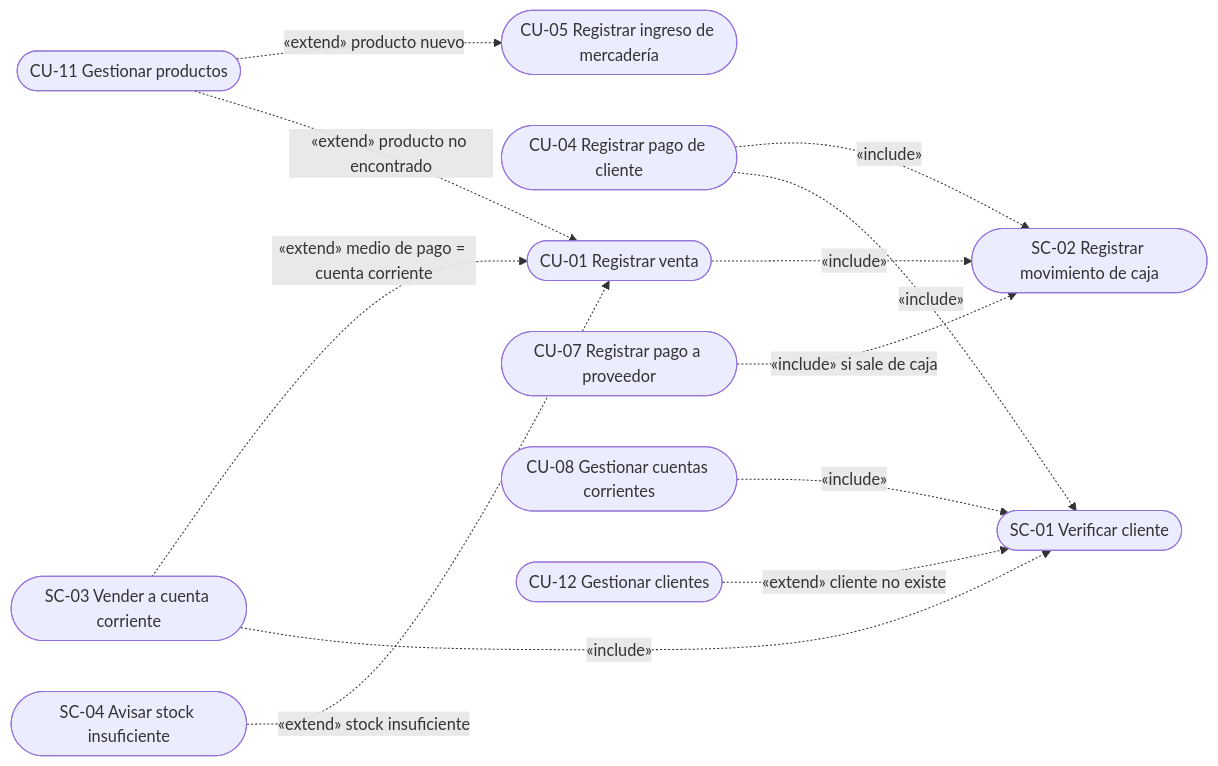
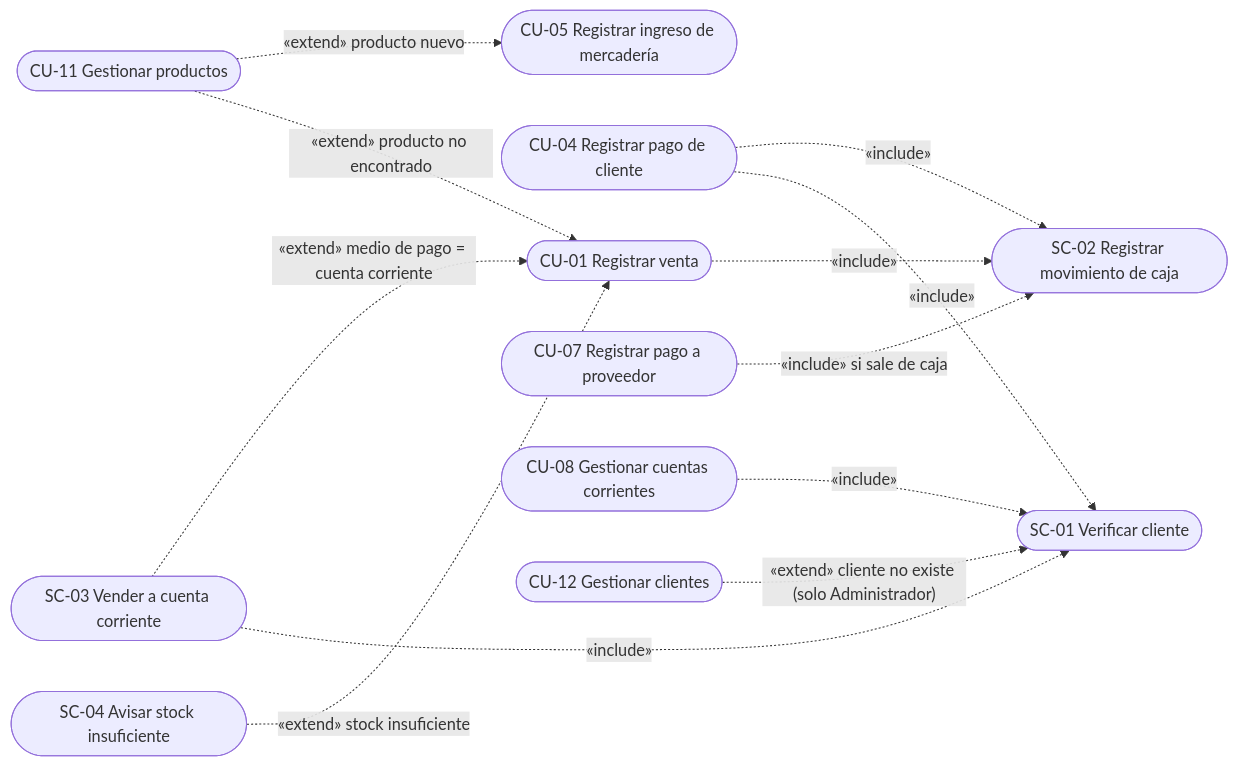
Before and after one commit to Ezequielnav/sistema-gestion-carniceria: the second of 2 diagrams in docs/04-casos-de-uso.md, drawn with Mermaid. The commit also changed other lines of this file and 7 other files, not shown here.

````diff
--- a/docs/04-casos-de-uso.md
+++ b/docs/04-casos-de-uso.md
@@ -105,27 +105,27 @@
 ```mermaid
 flowchart LR
     CU01(["CU-01 Registrar venta"])
     CU04(["CU-04 Registrar pago de cliente"])
     CU05(["CU-05 Registrar ingreso de mercadería"])
     CU07(["CU-07 Registrar pago a proveedor"])
     CU08(["CU-08 Gestionar cuentas corrientes"])
     CU11(["CU-11 Gestionar productos"])
     CU12(["CU-12 Gestionar clientes"])
     SC01(["SC-01 Verificar cliente"])
     SC02(["SC-02 Registrar movimiento de caja"])
     SC03(["SC-03 Vender a cuenta corriente"])
     SC04(["SC-04 Avisar stock insuficiente"])
 
     CU01 -. "«include»" .-> SC02
     CU04 -. "«include»" .-> SC01
     CU04 -. "«include»" .-> SC02
     CU07 -. "«include» si sale de caja" .-> SC02
     CU08 -. "«include»" .-> SC01
     SC03 -. "«include»" .-> SC01
 
     SC03 -. "«extend» medio de pago = cuenta corriente" .-> CU01
     SC04 -. "«extend» stock insuficiente" .-> CU01
     CU11 -. "«extend» producto no encontrado" .-> CU01
     CU11 -. "«extend» producto nuevo" .-> CU05
-    CU12 -. "«extend» cliente no existe" .-> SC01
+    CU12 -. "«extend» cliente no existe (solo Administrador)" .-> SC01
 ```
````
